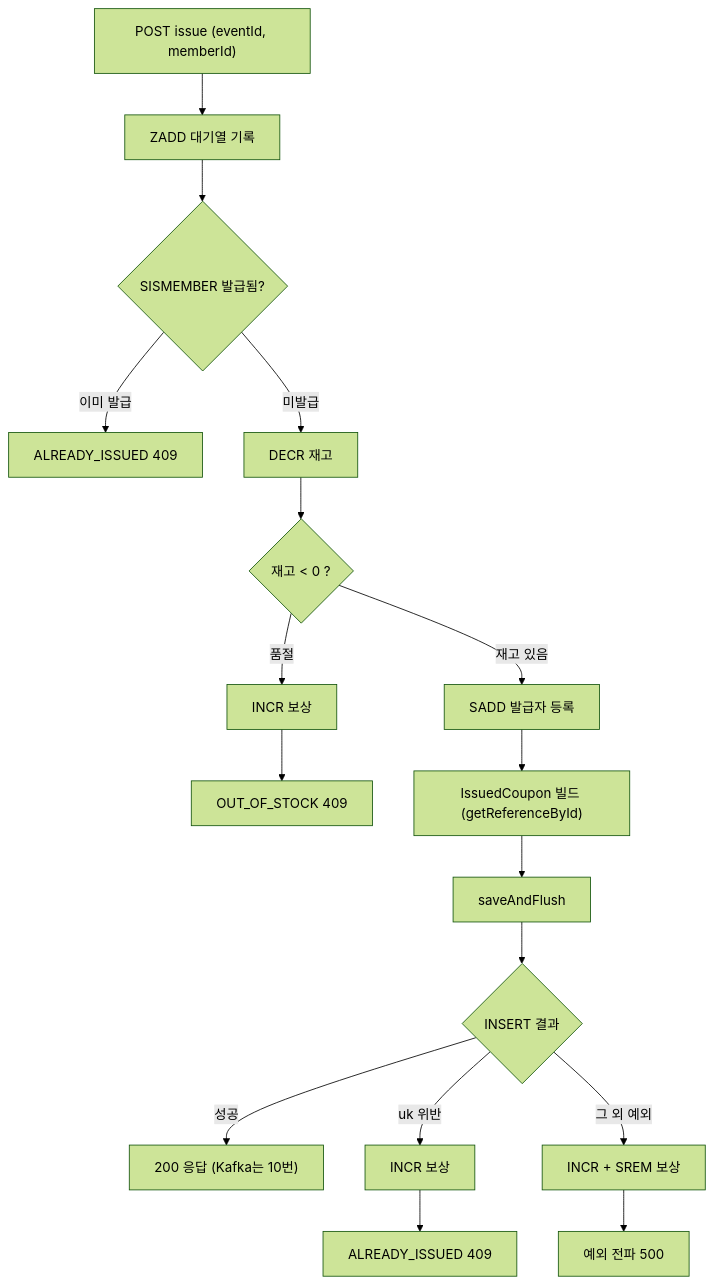
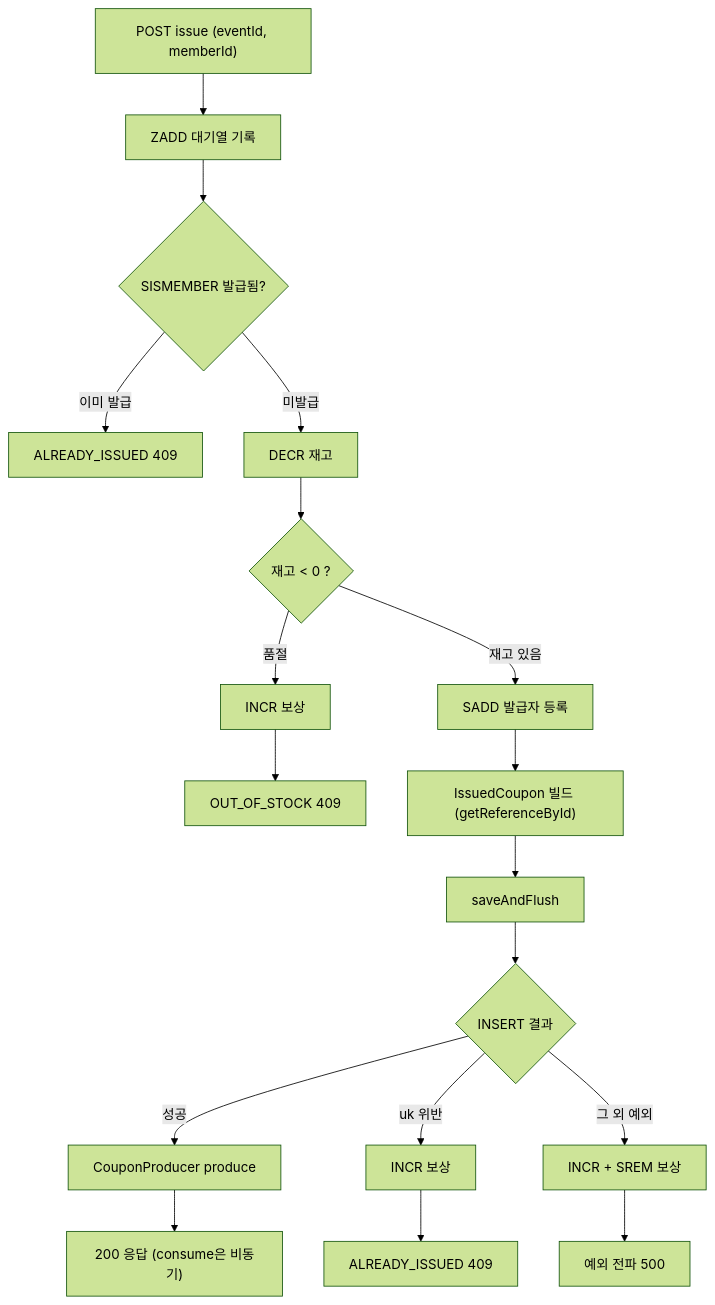
Before and after one commit to dlrjsgh367/couponrush: the diagram in src/main/java/com/couponrush/coupon/service/COUPON-ISSUE-FLOW.md, drawn with Mermaid (forest theme). The commit also changed other lines of this file and 12 other files, not shown here.

````diff
--- a/src/main/java/com/couponrush/coupon/service/COUPON-ISSUE-FLOW.md
+++ b/src/main/java/com/couponrush/coupon/service/COUPON-ISSUE-FLOW.md
@@ -9,16 +9,16 @@
 ```mermaid
 flowchart TD
     A["POST issue (eventId, memberId)"] --> B["ZADD 대기열 기록"]
     B --> C{"SISMEMBER 발급됨?"}
     C -->|이미 발급| C1["ALREADY_ISSUED 409"]
     C -->|미발급| D["DECR 재고"]
     D --> E{"재고 < 0 ?"}
     E -->|품절| E1["INCR 보상"] --> E2["OUT_OF_STOCK 409"]
     E -->|재고 있음| F["SADD 발급자 등록"]
     F --> G["IssuedCoupon 빌드 (getReferenceById)"]
     G --> H["saveAndFlush"]
     H --> I{"INSERT 결과"}
-    I -->|성공| J["200 응답 (Kafka는 10번)"]
+    I -->|성공| J["CouponProducer produce"] --> J2["200 응답 (consume은 비동기)"]
     I -->|uk 위반| K1["INCR 보상"] --> K2["ALREADY_ISSUED 409"]
     I -->|그 외 예외| L1["INCR + SREM 보상"] --> L2["예외 전파 500"]
 ```
````
